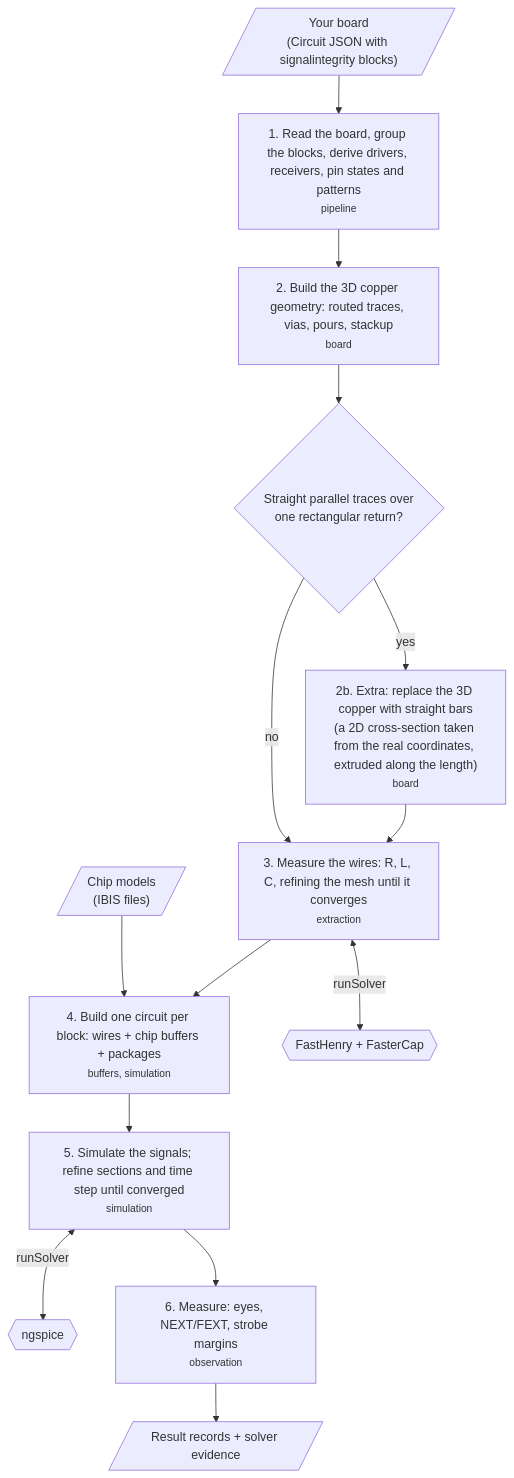
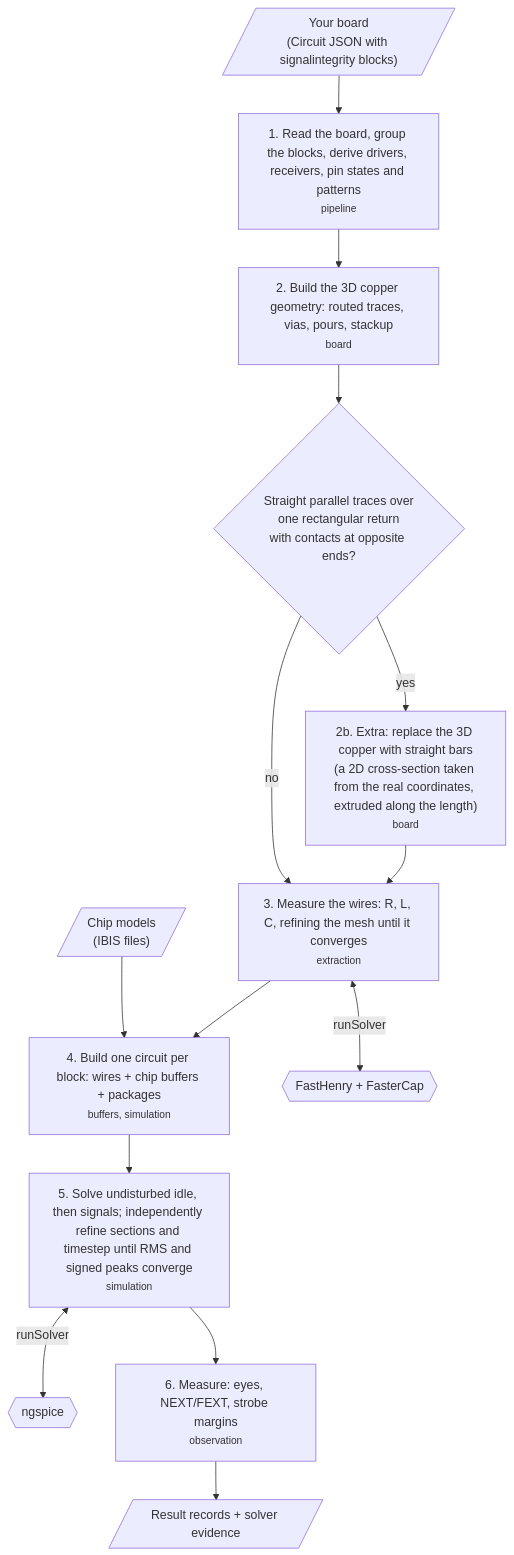
Before and after one commit to tscircuit/pcb-spice-pipeline: the first of 2 diagrams in README.md, drawn with Mermaid. The commit also changed other lines of this file and 126 other files, not shown here.

````diff
--- a/README.md
+++ b/README.md
@@ -52,16 +53,16 @@
 ```mermaid
 flowchart TD
   board[/"Your board<br/>(Circuit JSON with signalintegrity blocks)"/] --> s1["1. Read the board, group the blocks, derive drivers, receivers, pin states and patterns<br/><small>pipeline</small>"]
   chips[/"Chip models<br/>(IBIS files)"/] --> s4
   s1 --> s2["2. Build the 3D copper geometry: routed traces, vias, pours, stackup<br/><small>board</small>"]
-  s2 --> q{"Straight parallel traces over<br/>one rectangular return?"}
+  s2 --> q{"Straight parallel traces over<br/>one rectangular return<br/>with contacts at opposite ends?"}
   q -->|"yes"| s2b["2b. Extra: replace the 3D copper with straight bars<br/>(a 2D cross-section taken from the real coordinates, extruded along the length)<br/><small>board</small>"]
   q -->|"no"| s3
   s2b --> s3["3. Measure the wires: R, L, C, refining the mesh until it converges<br/><small>extraction</small>"]
   s3 <-->|"runSolver"| fs{{"FastHenry + FasterCap"}}
   s3 --> s4["4. Build one circuit per block: wires + chip buffers + packages<br/><small>buffers, simulation</small>"]
-  s4 --> s5["5. Simulate the signals; refine sections and time step until converged<br/><small>simulation</small>"]
+  s4 --> s5["5. Solve undisturbed idle, then signals; independently refine sections and timestep until RMS and signed peaks converge<br/><small>simulation</small>"]
   s5 <-->|"runSolver"| ng{{"ngspice"}}
   s5 --> s6["6. Measure: eyes, NEXT/FEXT, strobe margins<br/><small>observation</small>"]
   s6 --> out[/"Result records + solver evidence"/]
 ```
````
